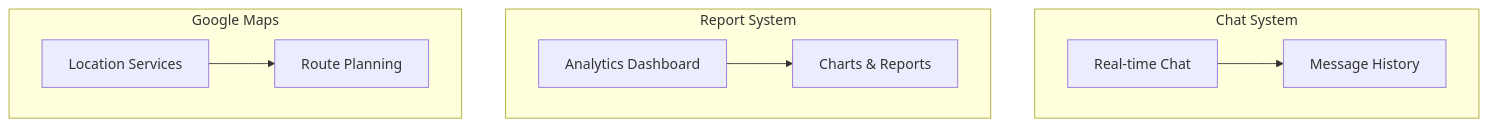
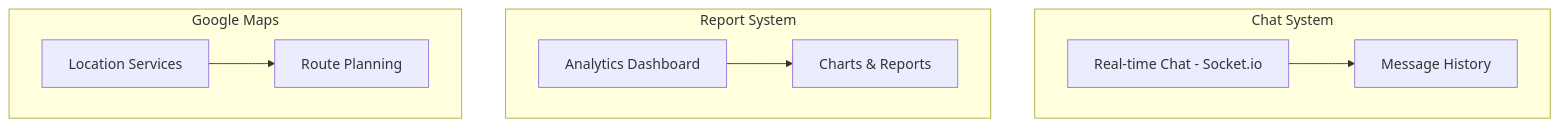
Before and after one commit to LargeWC-Code/TrustaSitter: the third of 5 diagrams in CI_CD_DIAGRAMS.md, drawn with Mermaid. The commit also changed other lines of this file, not shown here.

Commit message:
changed: diagram

````diff
--- a/CI_CD_DIAGRAMS.md
+++ b/CI_CD_DIAGRAMS.md
@@ -40,21 +48,21 @@
 ```mermaid
 graph TD
     subgraph "Chat System"
-        C1[Real-time Chat]
+        C1[Real-time Chat - Socket.io]
         C2[Message History]
     end
     
     subgraph "Report System"
         R1[Analytics Dashboard]
         R2[Charts & Reports]
     end
     
     subgraph "Google Maps"
         M1[Location Services]
         M2[Route Planning]
     end
     
     C1 --> C2
     R1 --> R2
     M1 --> M2
 ```
````
